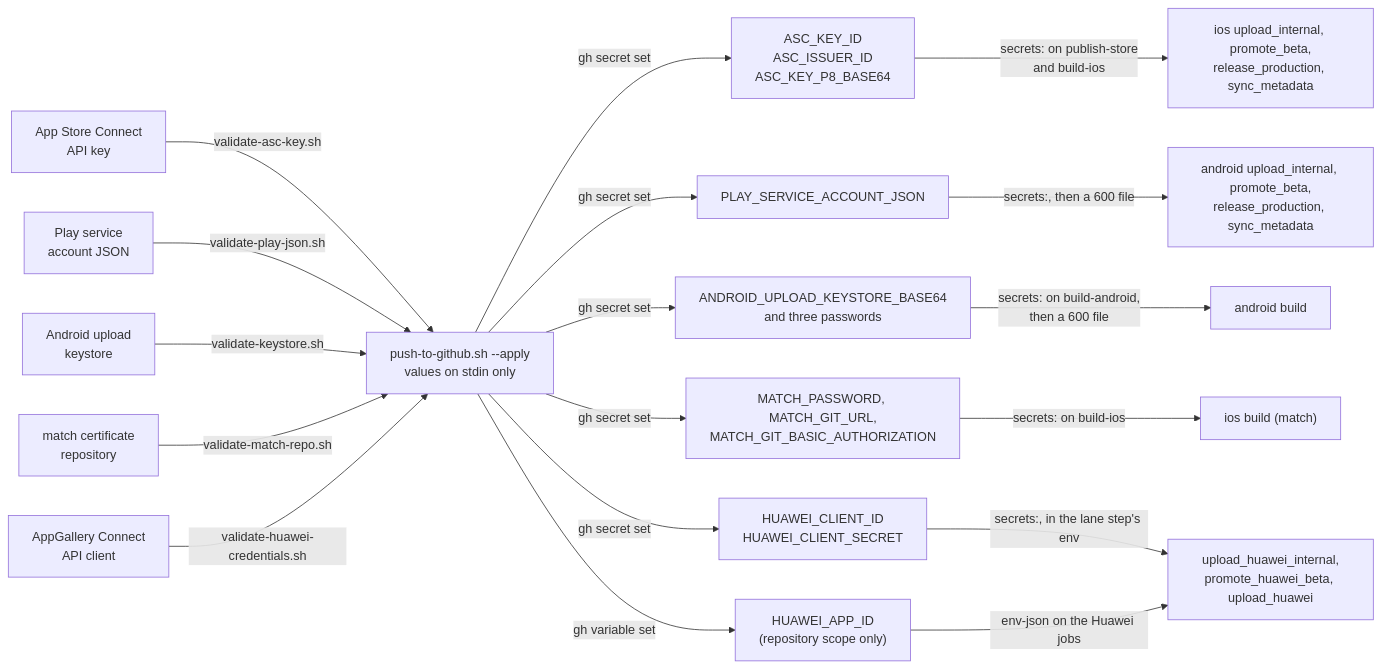
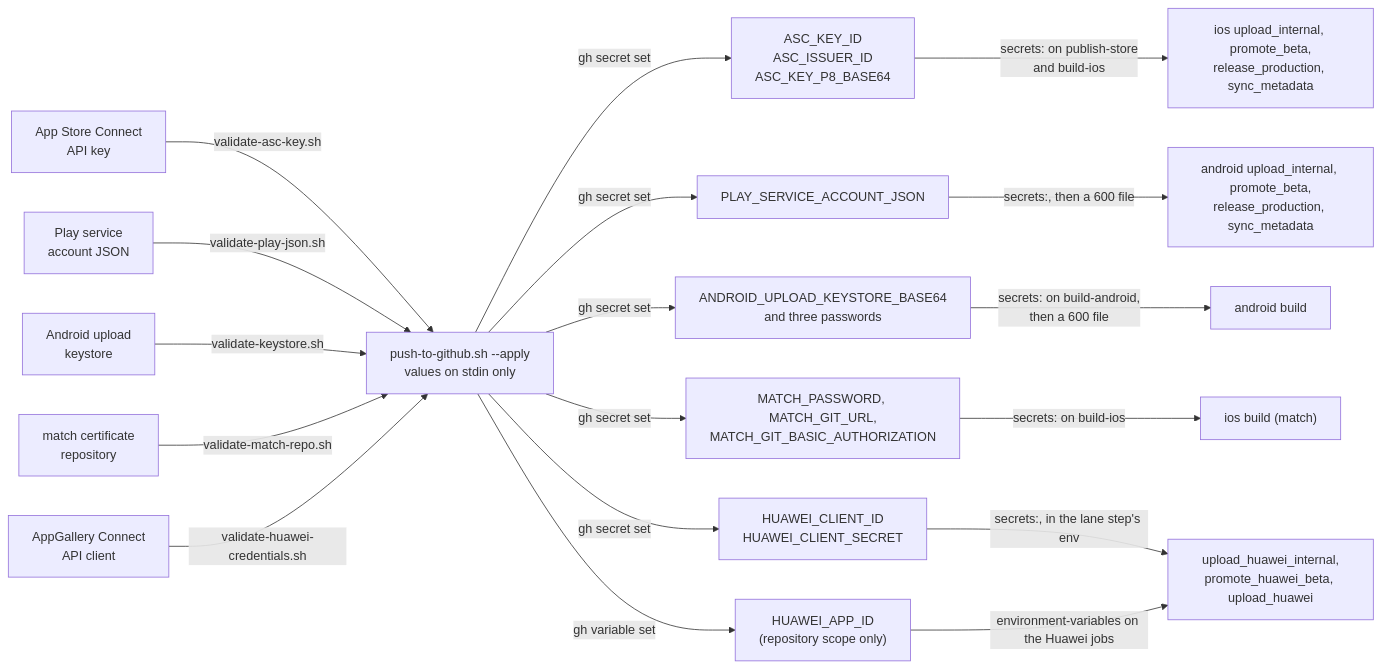
One commit to blinkbitcoin/react-native-mobile-template changed the diagram in docs/store-accounts.md. Above: the diagram before and after it, drawn with Mermaid. The commit also changed 130 other files, not shown here.

````diff
--- a/docs/store-accounts.md
+++ b/docs/store-accounts.md
@@ -301,24 +301,24 @@
 ```mermaid
 flowchart LR
   c1["App Store Connect<br/>API key"] -->|"validate-asc-key.sh"| push
   c2["Play service<br/>account JSON"] -->|"validate-play-json.sh"| push
   c3["Android upload<br/>keystore"] -->|"validate-keystore.sh"| push
   c4["match certificate<br/>repository"] -->|"validate-match-repo.sh"| push
   c5["AppGallery Connect<br/>API client"] -->|"validate-huawei-credentials.sh"| push
 
   push["push-to-github.sh --apply<br/>values on stdin only"]
 
   push -->|"gh secret set"| s1["ASC_KEY_ID<br/>ASC_ISSUER_ID<br/>ASC_KEY_P8_BASE64"]
   push -->|"gh secret set"| s2["PLAY_SERVICE_ACCOUNT_JSON"]
   push -->|"gh secret set"| s3["ANDROID_UPLOAD_KEYSTORE_BASE64<br/>and three passwords"]
   push -->|"gh secret set"| s4["MATCH_PASSWORD, MATCH_GIT_URL,<br/>MATCH_GIT_BASIC_AUTHORIZATION"]
   push -->|"gh secret set"| s5["HUAWEI_CLIENT_ID<br/>HUAWEI_CLIENT_SECRET"]
   push -->|"gh variable set"| v1["HUAWEI_APP_ID<br/>(repository scope only)"]
 
   s1 -->|"secrets: on publish-store<br/>and build-ios"| l1["ios upload_internal, promote_beta,<br/>release_production, sync_metadata"]
   s2 -->|"secrets:, then a 600 file"| l2["android upload_internal, promote_beta,<br/>release_production, sync_metadata"]
   s3 -->|"secrets: on build-android,<br/>then a 600 file"| l3["android build"]
   s4 -->|"secrets: on build-ios"| l4["ios build (match)"]
   s5 -->|"secrets:, in the lane step's env"| l5["upload_huawei_internal,<br/>promote_huawei_beta, upload_huawei"]
-  v1 -->|"env-json on the Huawei jobs"| l5
+  v1 -->|"environment-variables on the Huawei jobs"| l5
 ```
````
